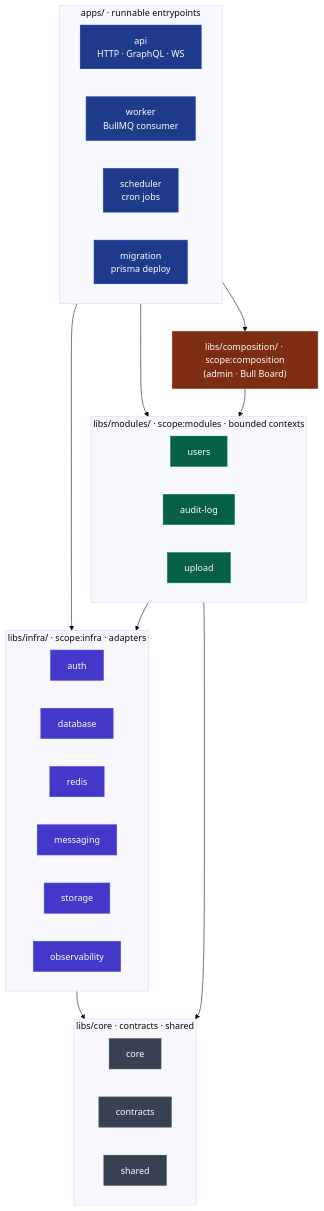
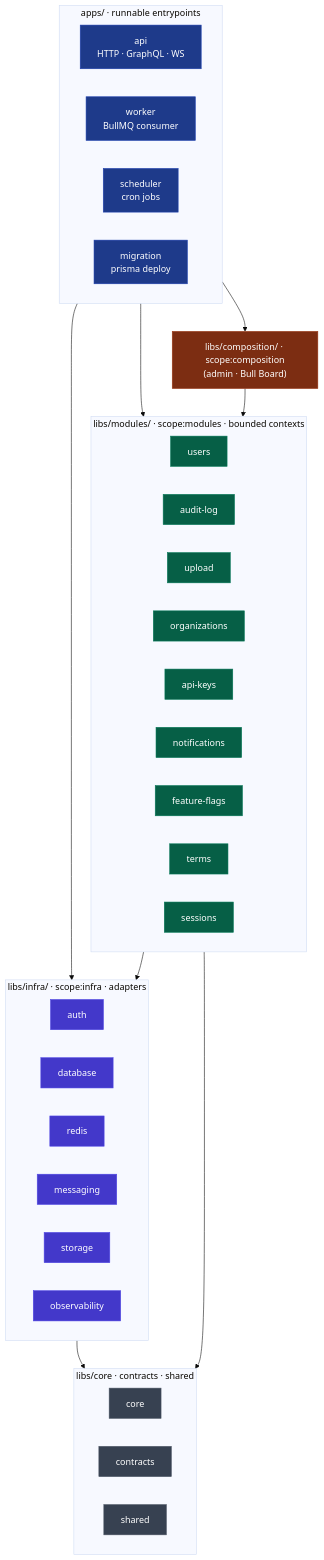
The first of 6 diagrams in docs/architecture.md (chuanghiduoc/nestjs-fastify-nx), drawn with Mermaid (base theme) before and after one commit. The commit also changed other lines of this file and 257 other files, not shown here.

````diff
--- a/docs/architecture.md
+++ b/docs/architecture.md
@@ -44,55 +50,61 @@
 ```mermaid
 flowchart TD
     subgraph apps["apps/ · runnable entrypoints"]
         direction LR
         api["api<br/>HTTP · GraphQL · WS"]
         worker["worker<br/>BullMQ consumer"]
         scheduler["scheduler<br/>cron jobs"]
         migration["migration<br/>prisma deploy"]
     end
 
     comp["libs/composition/ · scope:composition<br/>(admin · Bull Board)"]
 
     subgraph modules["libs/modules/ · scope:modules · bounded contexts"]
         direction LR
         users["users"]
         audit["audit-log"]
         upload["upload"]
+        orgs["organizations"]
+        apikeys["api-keys"]
+        notif["notifications"]
+        flags["feature-flags"]
+        terms["terms"]
+        sess["sessions"]
     end
 
     subgraph infra["libs/infra/ · scope:infra · adapters"]
         direction LR
         infraAuth["auth"]
         database["database"]
         redis["redis"]
         messaging["messaging"]
         storage["storage"]
         observability["observability"]
     end
 
     subgraph foundation["libs/core · contracts · shared"]
         direction LR
         core["core"]
         contracts["contracts"]
         shared["shared"]
     end
 
     apps --> comp
     apps --> modules
     apps --> infra
     comp --> modules
     modules --> infra
     infra --> foundation
     modules --> foundation
 
     classDef appBox fill:#1e3a8a,stroke:#1e40af,color:#fff;
     classDef compBox fill:#7c2d12,stroke:#9a3412,color:#fff;
     classDef modBox fill:#065f46,stroke:#047857,color:#fff;
     classDef infraBox fill:#4338ca,stroke:#4f46e5,color:#fff;
     classDef baseBox fill:#374151,stroke:#4b5563,color:#fff;
     class api,worker,scheduler,migration appBox;
     class comp compBox;
-    class users,audit,upload modBox;
+    class users,audit,upload,orgs,apikeys,notif,flags,terms,sess modBox;
     class infraAuth,database,redis,messaging,storage,observability infraBox;
     class core,contracts,shared baseBox;
 ```
````
